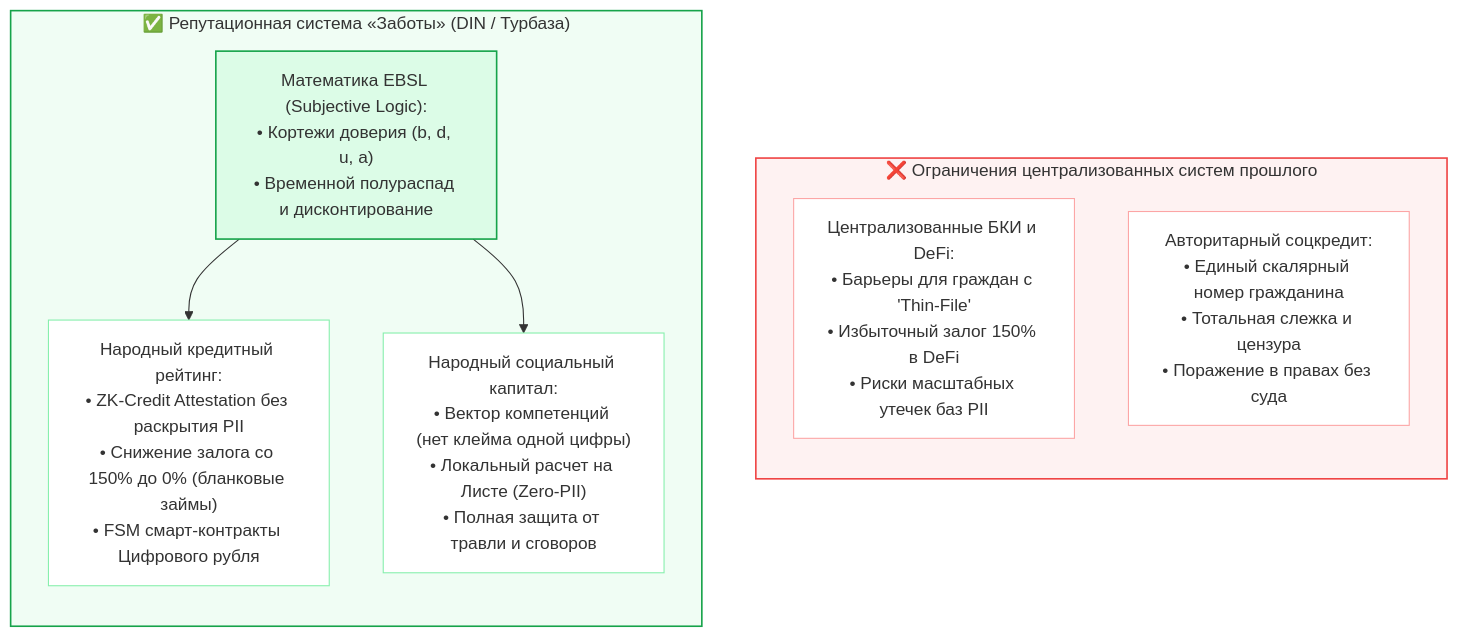
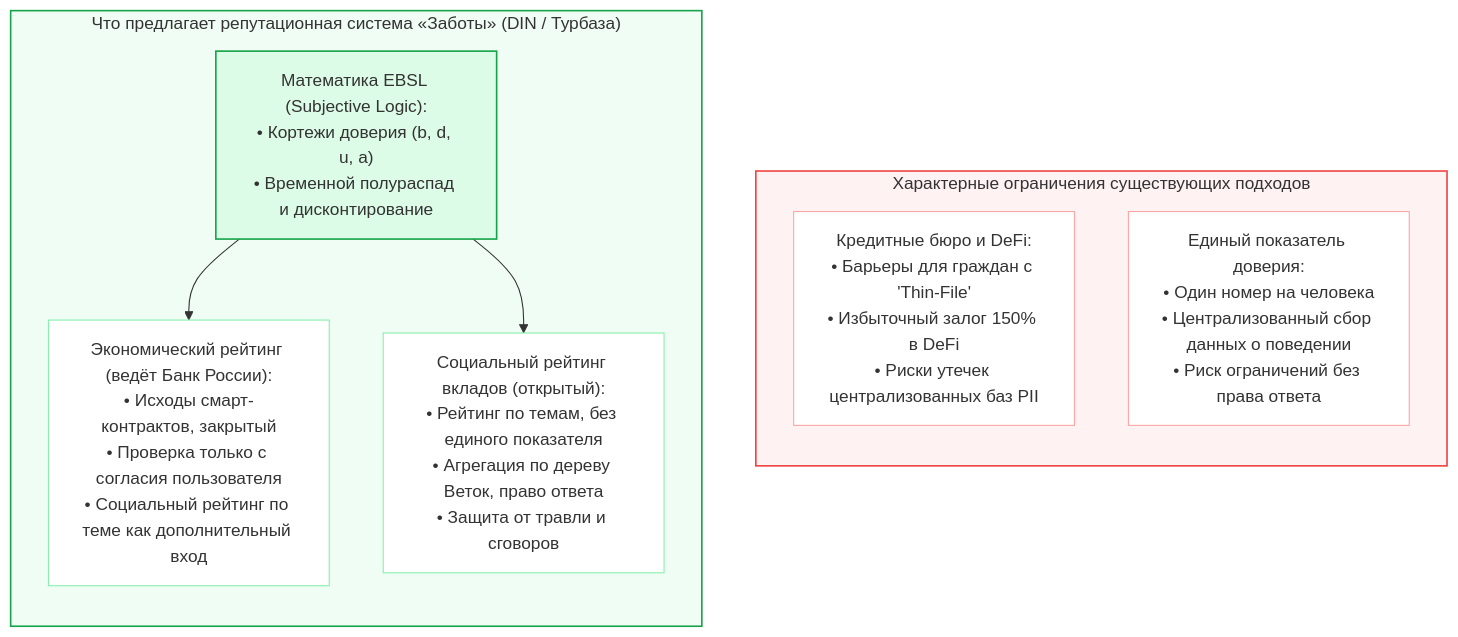
The first of 4 diagrams in shared_docs/whitepapers/applications/sapoto/Sapoto_Ecosystem_Impact_Guide.md (Data-Independence-Network/presentations), drawn with Mermaid before and after one commit. The commit also changed other lines of this file and 10 other files, not shown here.

````diff
--- a/shared_docs/whitepapers/applications/sapoto/Sapoto_Ecosystem_Impact_Guide.md
+++ b/shared_docs/whitepapers/applications/sapoto/Sapoto_Ecosystem_Impact_Guide.md
@@ -51,25 +51,25 @@
 ```mermaid
 graph TD
-    subgraph Trap ["❌ Ограничения централизованных систем прошлого"]
+    subgraph Trap ["Характерные ограничения существующих подходов"]
         direction TB
-        BKI["Централизованные БКИ и DeFi:<br/>• Барьеры для граждан с 'Thin-File'<br/>• Избыточный залог 150% в DeFi<br/>• Риски масштабных утечек баз PII"]
-        AuthSoc["Авторитарный соцкредит:<br/>• Единый скалярный номер гражданина<br/>• Тотальная слежка и цензура<br/>• Поражение в правах без суда"]
+        BKI["Кредитные бюро и DeFi:<br/>• Барьеры для граждан с 'Thin-File'<br/>• Избыточный залог 150% в DeFi<br/>• Риски утечек централизованных баз PII"]
+        AuthSoc["Единый показатель доверия:<br/>• Один номер на человека<br/>• Централизованный сбор данных о поведении<br/>• Риск ограничений без права ответа"]
     end
 
-    subgraph SapotoAlt ["✅ Репутационная система «Заботы» (DIN / Турбаза)"]
+    subgraph SapotoAlt ["Что предлагает репутационная система «Заботы» (DIN / Турбаза)"]
         direction TB
         RepMath["Математика EBSL (Subjective Logic):<br/>• Кортежи доверия (b, d, u, a)<br/>• Временной полураспад и дисконтирование"]
-        PeopleCredit["Народный кредитный рейтинг:<br/>• ZK-Credit Attestation без раскрытия PII<br/>• Снижение залога со 150% до 0% (бланковые займы)<br/>• FSM смарт-контракты Цифрового рубля"]
-        PeopleSoc["Народный социальный капитал:<br/>• Вектор компетенций (нет клейма одной цифры)<br/>• Локальный расчет на Листе (Zero-PII)<br/>• Полная защита от травли и сговоров"]
+        PeopleCredit["Экономический рейтинг (ведёт Банк России):<br/>• Исходы смарт-контрактов, закрытый<br/>• Проверка только с согласия пользователя<br/>• Социальный рейтинг по теме как дополнительный вход"]
+        PeopleSoc["Социальный рейтинг вкладов (открытый):<br/>• Рейтинг по темам, без единого показателя<br/>• Агрегация по дереву Веток, право ответа<br/>• Защита от травли и сговоров"]
         RepMath --> PeopleCredit
         RepMath --> PeopleSoc
     end
 
     style Trap fill:#fef2f2,stroke:#ef4444,stroke-width:1.5px
     style SapotoAlt fill:#f0fdf4,stroke:#16a34a,stroke-width:1.5px
     style BKI fill:#ffffff,stroke:#fca5a5,stroke-width:1px
     style AuthSoc fill:#ffffff,stroke:#fca5a5,stroke-width:1px
     style RepMath fill:#dcfce7,stroke:#16a34a,stroke-width:1.5px
     style PeopleCredit fill:#ffffff,stroke:#86efac,stroke-width:1px
     style PeopleSoc fill:#ffffff,stroke:#86efac,stroke-width:1px
 ```
````
